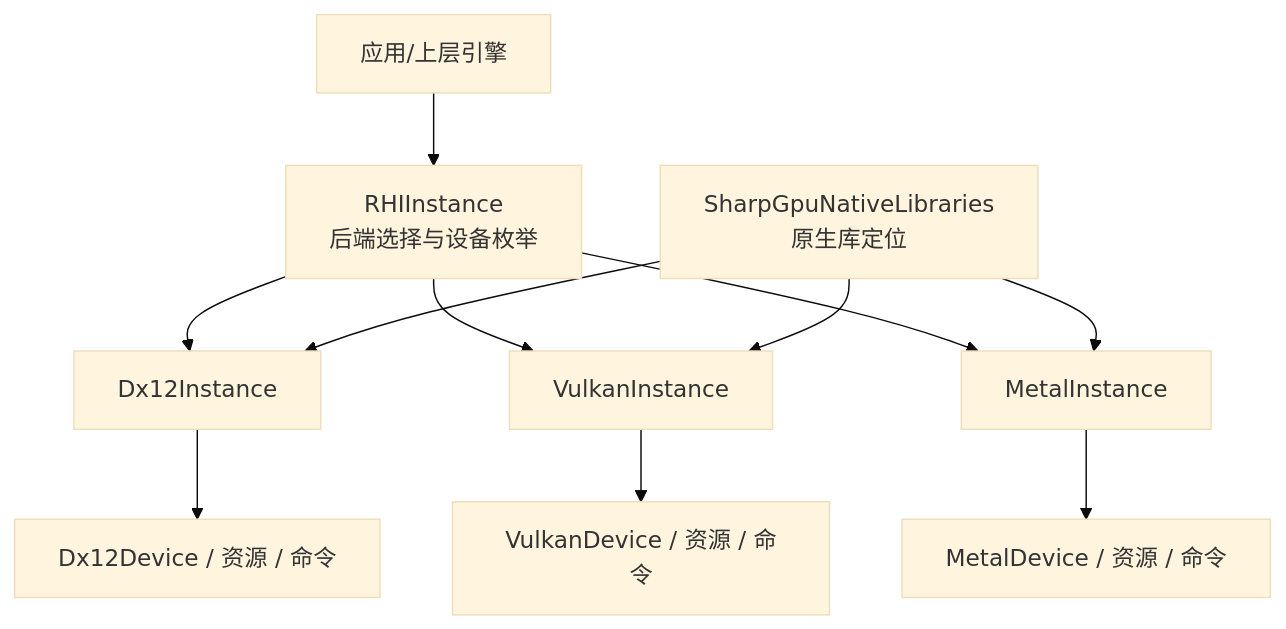
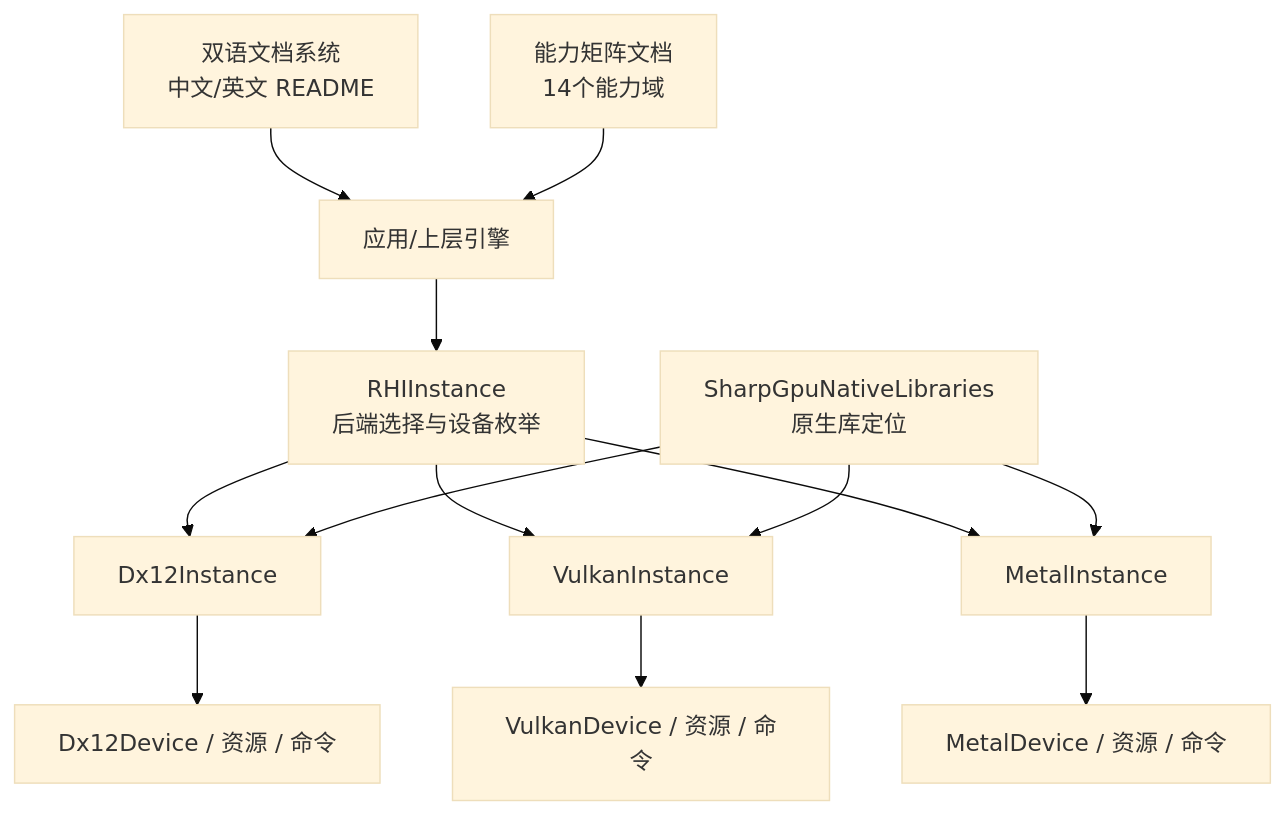
The first of 6 diagrams in .qoder/repowiki/zh/content/项目概览/项目概览.md (haolange/SharpGPU), drawn with Mermaid (base theme) before and after one commit. The commit also changed other lines of this file and 3 other files, not shown here.

````diff
--- a/.qoder/repowiki/zh/content/项目概览/项目概览.md
+++ b/.qoder/repowiki/zh/content/项目概览/项目概览.md
@@ -51,13 +62,15 @@
 ```mermaid
 graph TB
 A["应用/上层引擎"] --> B["RHIInstance<br/>后端选择与设备枚举"]
 B --> C["Dx12Instance"]
 B --> D["VulkanInstance"]
 B --> E["MetalInstance"]
 C --> F["Dx12Device / 资源 / 命令"]
 D --> G["VulkanDevice / 资源 / 命令"]
 E --> H["MetalDevice / 资源 / 命令"]
 I["SharpGpuNativeLibraries<br/>原生库定位"] --> C
 I --> D
 I --> E
+J["双语文档系统<br/>中文/英文 README"] --> A
+K["能力矩阵文档<br/>14个能力域"] --> A
 ```
````
